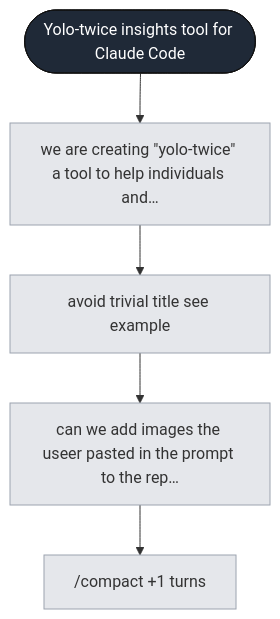
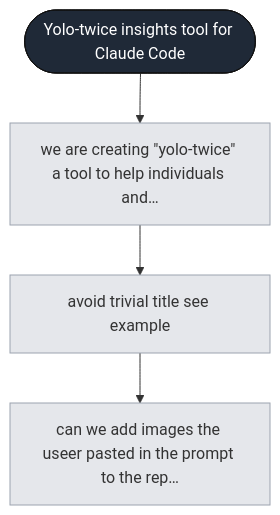
Before and after one commit to bar9/yolo-twice: the diagram in .yolo-twice/sessions/34b27ceb-5af1-4142-8334-ab80a4310636/graph.L1.mmd, drawn with Mermaid. The commit also changed 6 other files, not shown here.

```diff
--- a/.yolo-twice/sessions/34b27ceb-5af1-4142-8334-ab80a4310636/graph.L1.mmd
+++ b/.yolo-twice/sessions/34b27ceb-5af1-4142-8334-ab80a4310636/graph.L1.mmd
@@ -1,24 +1,21 @@
 flowchart TD
   s_34b27ceb_5af1_4142_8334_ab80a4310636(["Yolo-twice insights tool for Claude Code"])
   p1["we are creating #quot;yolo-twice#quot; a tool to help individuals and…"]
   p2["avoid trivial title see example"]
   p3["can we add images the useer pasted in the prompt to the rep…"]
-  p4["/compact  +1 turns "]
   s_34b27ceb_5af1_4142_8334_ab80a4310636 --> p1
   p1 --> p2
   p2 --> p3
-  p3 --> p4
   classDef session fill:#1f2937,color:#fff,stroke:#111;
   classDef phase fill:#e5e7eb,stroke:#9ca3af;
   classDef turn fill:#dbeafe,stroke:#60a5fa;
   classDef branch fill:#fde68a,stroke:#d97706;
   classDef subagent fill:#ede9fe,stroke:#8b5cf6;
   classDef tool fill:#dcfce7,stroke:#22c55e;
   classDef error fill:#fee2e2,stroke:#ef4444;
   classDef text fill:#f3f4f6,stroke:#9ca3af;
   classDef thinking fill:#f3f4f6,stroke:#d1d5db,stroke-dasharray: 3 3;
   class s_34b27ceb_5af1_4142_8334_ab80a4310636 session;
   class p1 phase;
   class p2 phase;
   class p3 phase;
-  class p4 phase;
```
